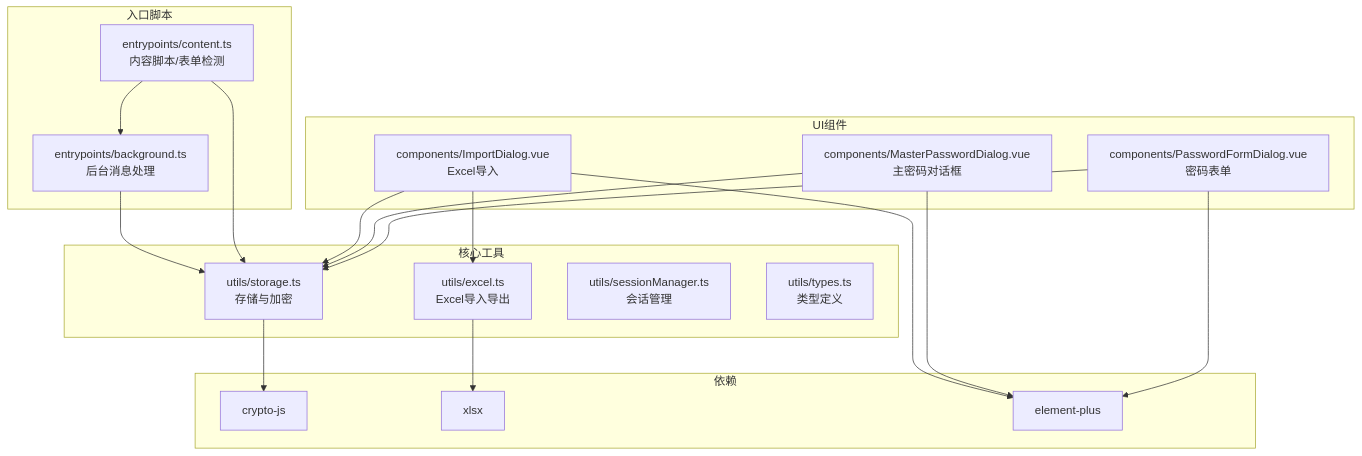
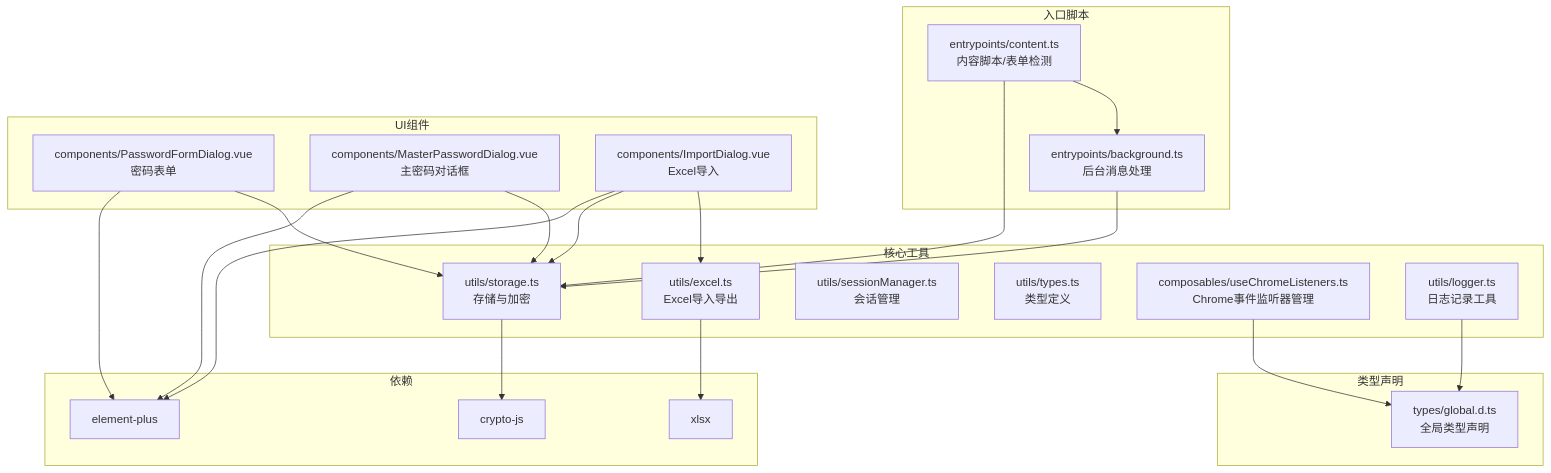
One commit to liaolongdong/account-password-helper changed the first of 9 diagrams in .qoder/repowiki/zh/content/核心模块/核心模块.md. Above: the diagram before and after it, drawn with Mermaid. The commit also changed other lines of this file and 23 other files, not shown here.

````diff
--- a/.qoder/repowiki/zh/content/核心模块/核心模块.md
+++ b/.qoder/repowiki/zh/content/核心模块/核心模块.md
@@ -41,35 +53,42 @@
 ```mermaid
 graph TB
 subgraph "核心工具"
 S["utils/storage.ts<br/>存储与加密"]
 E["utils/excel.ts<br/>Excel导入导出"]
 SM["utils/sessionManager.ts<br/>会话管理"]
 T["utils/types.ts<br/>类型定义"]
+CL["composables/useChromeListeners.ts<br/>Chrome事件监听器管理"]
+LG["utils/logger.ts<br/>日志记录工具"]
 end
 subgraph "入口脚本"
 BG["entrypoints/background.ts<br/>后台消息处理"]
 CT["entrypoints/content.ts<br/>内容脚本/表单检测"]
 end
 subgraph "UI组件"
 PFD["components/PasswordFormDialog.vue<br/>密码表单"]
 MPD["components/MasterPasswordDialog.vue<br/>主密码对话框"]
 ID["components/ImportDialog.vue<br/>Excel导入"]
+end
+subgraph "类型声明"
+GD["types/global.d.ts<br/>全局类型声明"]
 end
 subgraph "依赖"
 CJS["crypto-js"]
 XLSX["xlsx"]
 EP["element-plus"]
 end
 PFD --> S
 MPD --> S
 ID --> E
 ID --> S
 CT --> BG
 CT --> S
 BG --> S
 E --> XLSX
 S --> CJS
 PFD --> EP
 MPD --> EP
 ID --> EP
+CL --> GD
+LG --> GD
 ```
````
